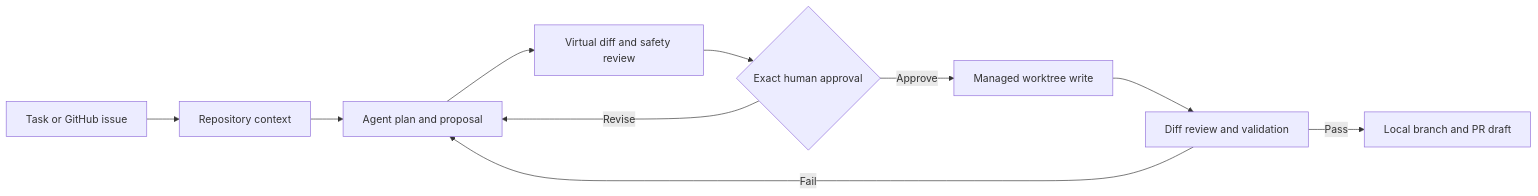
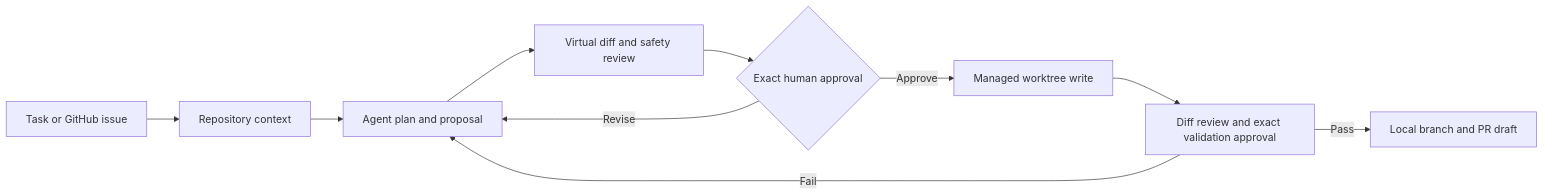
Before and after one commit to CHOS1N11111/RepoPilot-Agent: the diagram in README.md, drawn with Mermaid. The commit also changed other lines of this file and 23 other files, not shown here.

Commit message:
Add approval-gated validation loop

````diff
--- a/README.md
+++ b/README.md
@@ -27,12 +28,12 @@
 ```mermaid
 flowchart LR
     A[Task or GitHub issue] --> B[Repository context]
     B --> C[Agent plan and proposal]
     C --> D[Virtual diff and safety review]
     D --> E{Exact human approval}
     E -->|Approve| F[Managed worktree write]
     E -->|Revise| C
-    F --> G[Diff review and validation]
+    F --> G[Diff review and exact validation approval]
     G -->|Fail| C
     G -->|Pass| H[Local branch and PR draft]
 ```
````
